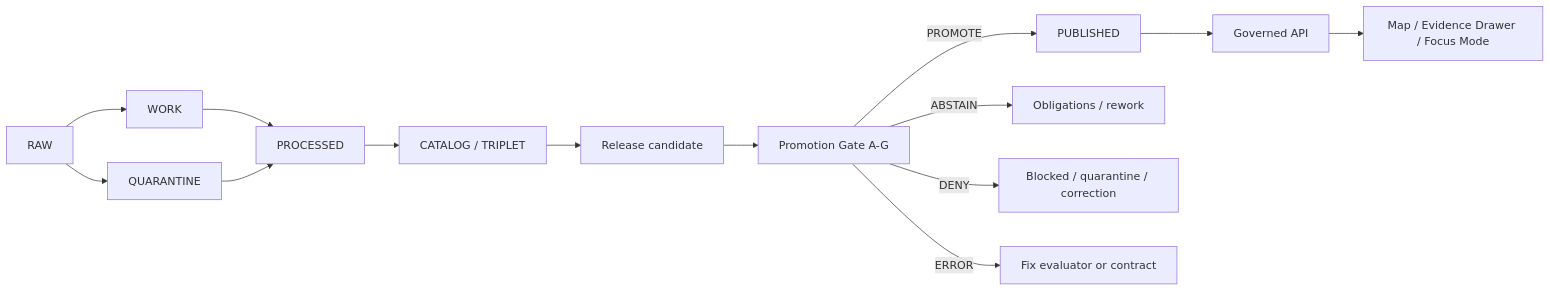
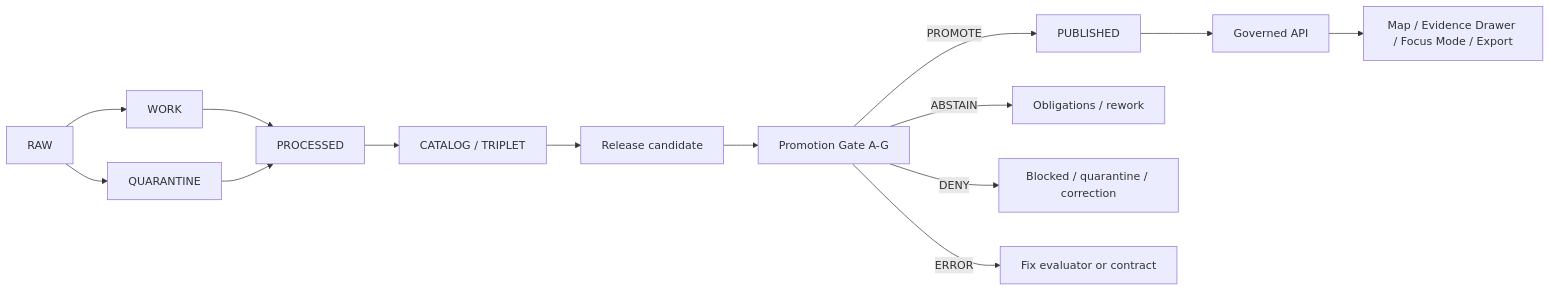
One commit to bartytime4life/Kansas-Frontier-Matrix changed the diagram in docs/adr/ADR-0005-promotion-gate.md. Above: the diagram before and after it, drawn with Mermaid. The commit also changed other lines of this file, not shown here.

````diff
--- a/docs/adr/ADR-0005-promotion-gate.md
+++ b/docs/adr/ADR-0005-promotion-gate.md
@@ -207,16 +289,16 @@
 ```mermaid
 flowchart LR
-    A[RAW] --> B[WORK]
-    A --> C[QUARANTINE]
-    B --> D[PROCESSED]
-    C --> D
-    D --> E[CATALOG / TRIPLET]
-    E --> F[Release candidate]
-    F --> G[Promotion Gate A-G]
-    G -->|PROMOTE| H[PUBLISHED]
-    G -->|ABSTAIN| I[Obligations / rework]
-    G -->|DENY| J[Blocked / quarantine / correction]
-    G -->|ERROR| K[Fix evaluator or contract]
-    H --> L[Governed API]
-    L --> M[Map / Evidence Drawer / Focus Mode]
+    RAW[RAW] --> WORK[WORK]
+    RAW --> QUARANTINE[QUARANTINE]
+    WORK --> PROCESSED[PROCESSED]
+    QUARANTINE --> PROCESSED
+    PROCESSED --> CATALOG[CATALOG / TRIPLET]
+    CATALOG --> RC[Release candidate]
+    RC --> GATE[Promotion Gate A-G]
+    GATE -->|PROMOTE| PUBLISHED[PUBLISHED]
+    GATE -->|ABSTAIN| OBLIGATIONS[Obligations / rework]
+    GATE -->|DENY| BLOCKED[Blocked / quarantine / correction]
+    GATE -->|ERROR| REPAIR[Fix evaluator or contract]
+    PUBLISHED --> API[Governed API]
+    API --> UI[Map / Evidence Drawer / Focus Mode / Export]
 ```
````
